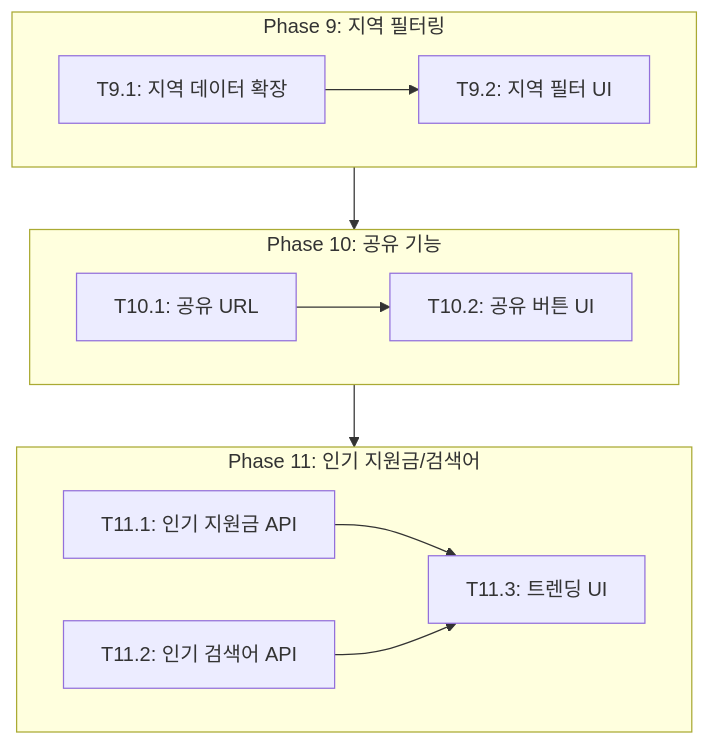
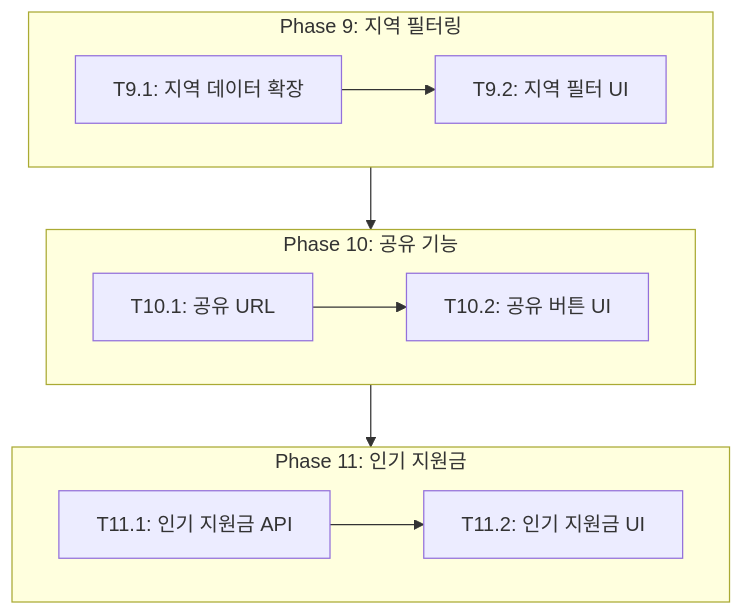
One commit to sseok-lee/alimi changed the ninth of 9 diagrams in docs/planning/06-tasks.md. Above: the diagram before and after it, drawn with Mermaid. The commit also changed other lines of this file, not shown here.

First line of the commit message:
docs: Phase 11 태스크 조정 - 인기 검색어 제거

````diff
--- a/docs/planning/06-tasks.md
+++ b/docs/planning/06-tasks.md
@@ -2790,18 +2766,17 @@
 ```mermaid
 graph TD
     subgraph Phase9[Phase 9: 지역 필터링]
         T9.1[T9.1: 지역 데이터 확장] --> T9.2[T9.2: 지역 필터 UI]
     end
 
     subgraph Phase10[Phase 10: 공유 기능]
         T10.1[T10.1: 공유 URL] --> T10.2[T10.2: 공유 버튼 UI]
     end
 
-    subgraph Phase11[Phase 11: 인기 지원금/검색어]
-        T11.1[T11.1: 인기 지원금 API] --> T11.3[T11.3: 트렌딩 UI]
-        T11.2[T11.2: 인기 검색어 API] --> T11.3
+    subgraph Phase11[Phase 11: 인기 지원금]
+        T11.1[T11.1: 인기 지원금 API] --> T11.2[T11.2: 인기 지원금 UI]
     end
 
     Phase9 --> Phase10
     Phase10 --> Phase11
 ```
````
